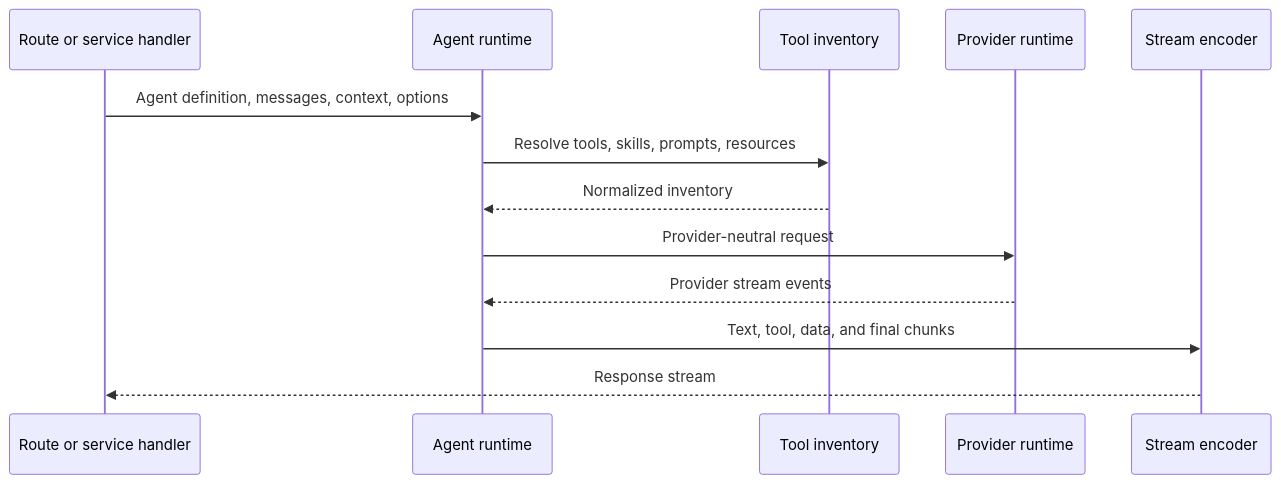
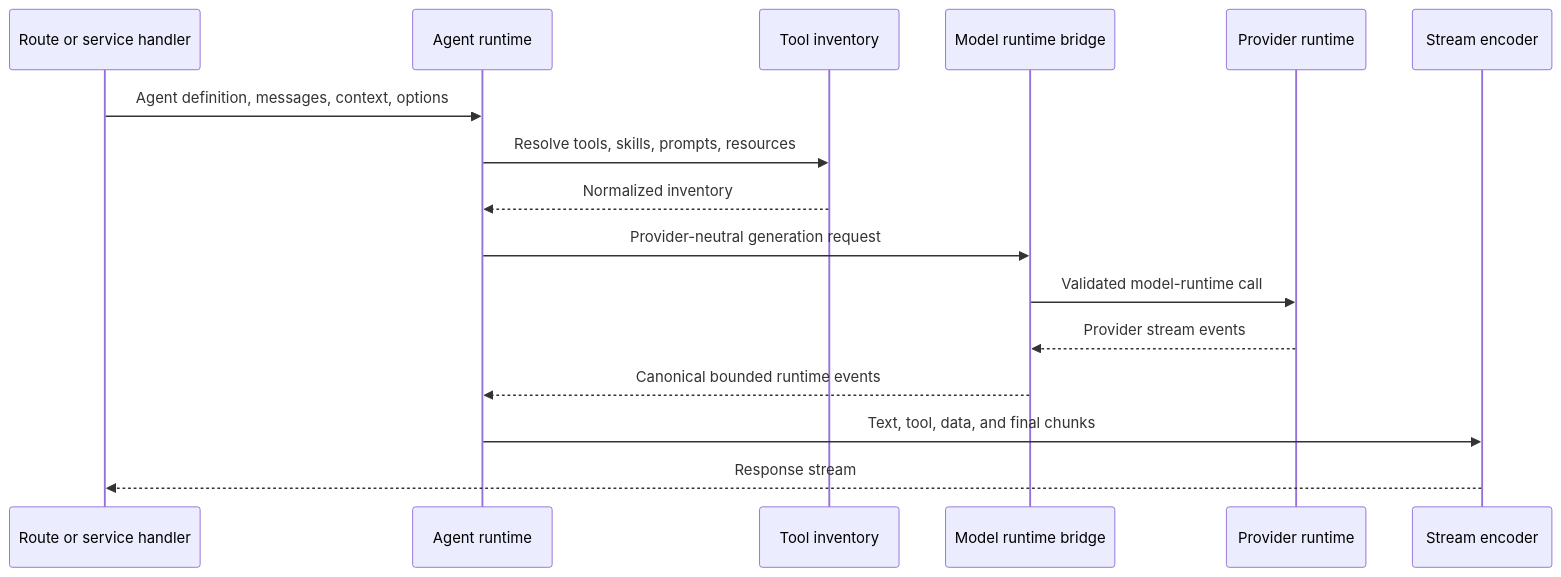
One commit to veryfront/veryfront-code changed the first of 3 diagrams in docs/architecture/05-agent-runtime.md. Above: the diagram before and after it, drawn with Mermaid. The commit also changed other lines of this file and 81 other files, not shown here.

````diff
--- a/docs/architecture/05-agent-runtime.md
+++ b/docs/architecture/05-agent-runtime.md
@@ -34,16 +35,19 @@
 ```mermaid
 sequenceDiagram
   participant Handler as Route or service handler
   participant Runtime as Agent runtime
   participant Tools as Tool inventory
+  participant Bridge as Model runtime bridge
   participant Provider as Provider runtime
   participant Stream as Stream encoder
 
   Handler->>Runtime: Agent definition, messages, context, options
   Runtime->>Tools: Resolve tools, skills, prompts, resources
   Tools-->>Runtime: Normalized inventory
-  Runtime->>Provider: Provider-neutral request
-  Provider-->>Runtime: Provider stream events
+  Runtime->>Bridge: Provider-neutral generation request
+  Bridge->>Provider: Validated model-runtime call
+  Provider-->>Bridge: Provider stream events
+  Bridge-->>Runtime: Canonical bounded runtime events
   Runtime->>Stream: Text, tool, data, and final chunks
   Stream-->>Handler: Response stream
 ```
````
